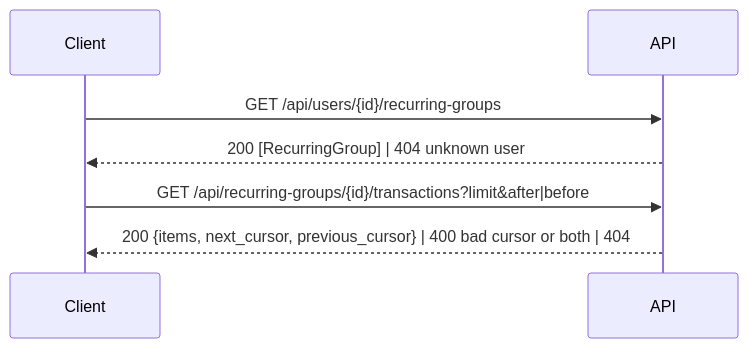
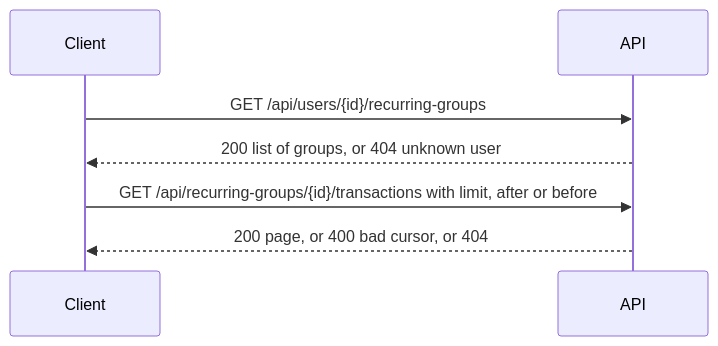
One commit to bassamriman/carta-interview changed the third of 4 diagrams in docs/design/feat/recurring-api.md. Above: the diagram before and after it, drawn with Mermaid. The commit also changed other lines of this file and 6 other files, not shown here.

First line of the commit message:
Group transactions with null merchant or category

````diff
--- a/docs/design/feat/recurring-api.md
+++ b/docs/design/feat/recurring-api.md
@@ -28,7 +28,7 @@
 ```mermaid
 sequenceDiagram
   Client->>API: GET /api/users/{id}/recurring-groups
-  API-->>Client: 200 [RecurringGroup] | 404 unknown user
-  Client->>API: GET /api/recurring-groups/{id}/transactions?limit&after|before
-  API-->>Client: 200 {items, next_cursor, previous_cursor} | 400 bad cursor or both | 404
+  API-->>Client: 200 list of groups, or 404 unknown user
+  Client->>API: GET /api/recurring-groups/{id}/transactions with limit, after or before
+  API-->>Client: 200 page, or 400 bad cursor, or 404
 ```
````
